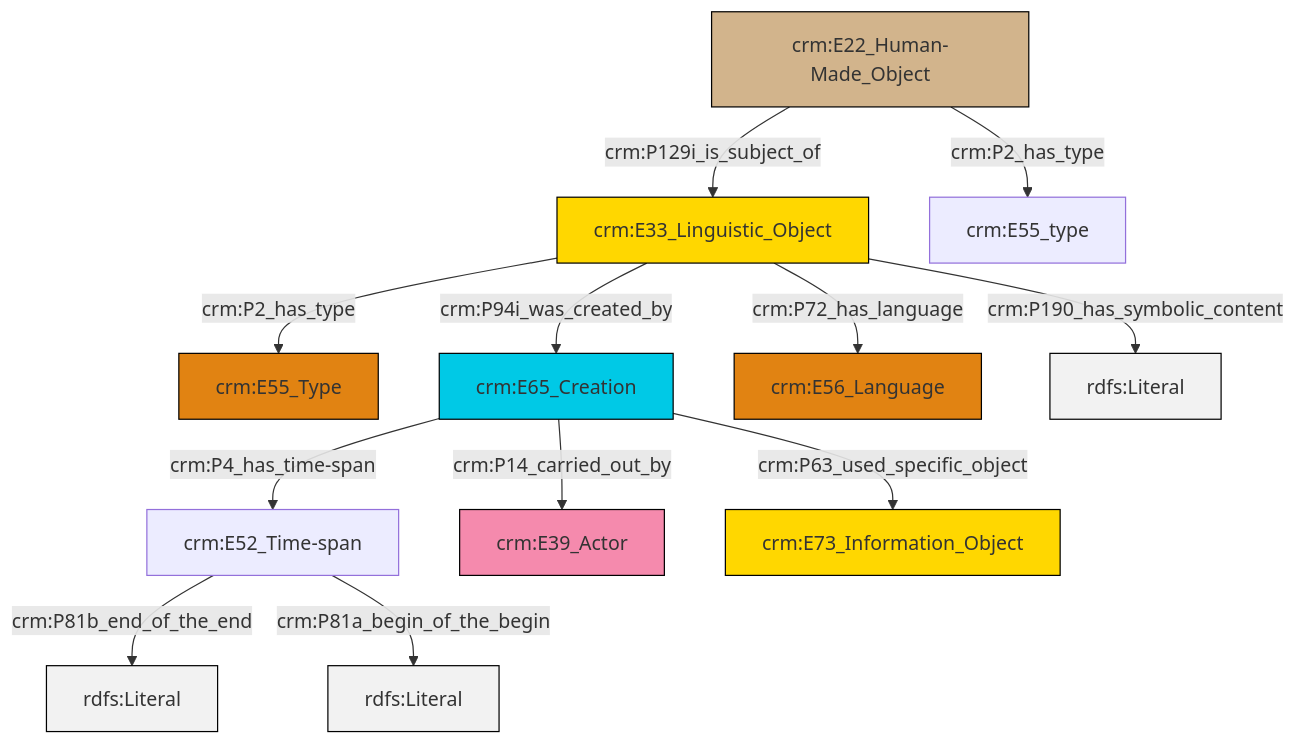
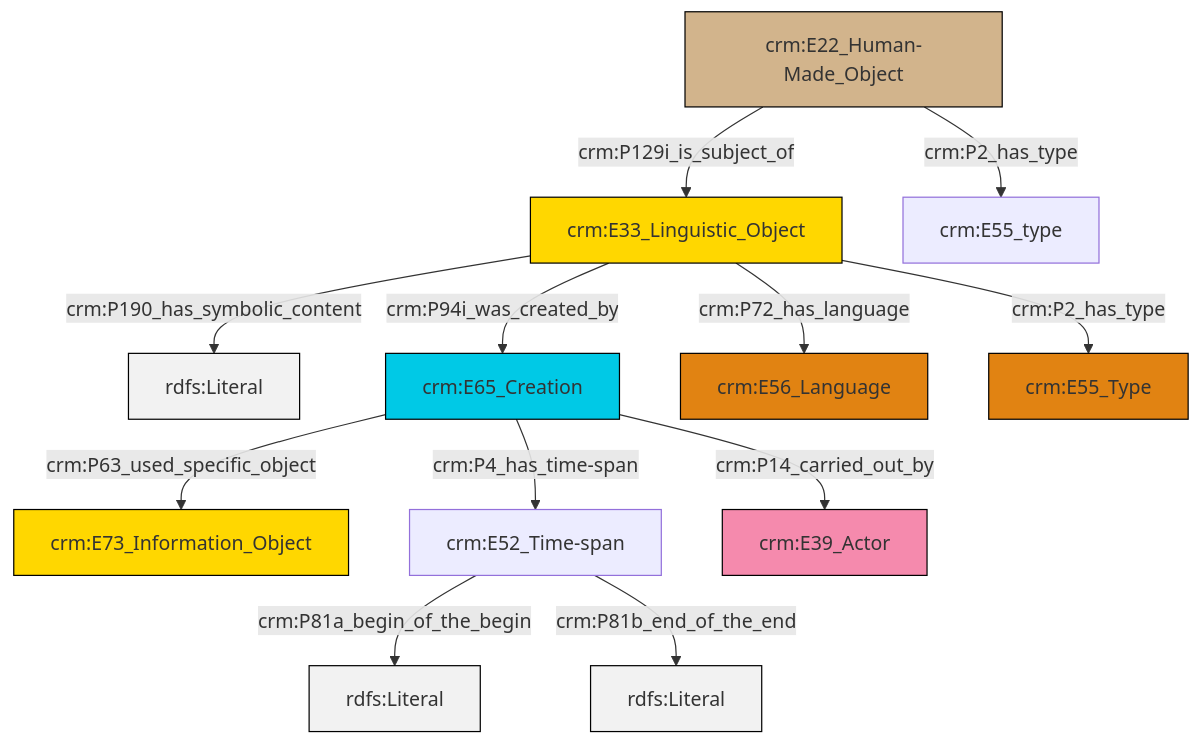
Before and after one commit to swiss-art-research-net/docs.swissartresearch: the diagram in et/artworkCSV/ttl/mmd/Artwork_Description.ttl.mmd, drawn with Mermaid. The commit also changed 216 other files, not shown here.

```diff
--- a/et/artworkCSV/ttl/mmd/Artwork_Description.ttl.mmd
+++ b/et/artworkCSV/ttl/mmd/Artwork_Description.ttl.mmd
@@ -1,26 +1,26 @@
 graph TD
 classDef Literal fill:#f2f2f2,stroke:#000000;
 classDef CRM_Entity fill:#FFFFFF,stroke:#000000;
 classDef Temporal_Entity fill:#00C9E6, stroke:#000000;
 classDef Type fill:#E18312, stroke:#000000;
 classDef Time-Span fill:#2C9C91, stroke:#000000;
 classDef Appellation fill:#FFEB7F, stroke:#000000;
 classDef Place fill:#008836, stroke:#000000;
 classDef Persistent_Item fill:#B266B2, stroke:#000000;
 classDef Conceptual_Object fill:#FFD700, stroke:#000000;
 classDef Physical_Thing fill:#D2B48C, stroke:#000000;
 classDef Actor fill:#f58aad, stroke:#000000;
 classDef PC_Classes fill:#4ce600, stroke:#000000;
 classDef Multi fill:#cccccc,stroke:#000000;
 
-0["crm:E52_Time-span"]:::Default -->|crm:P81b_end_of_the_end| 1[rdfs:Literal]:::Literal
-4["crm:E65_Creation"]:::Temporal_Entity -->|crm:P14_carried_out_by| 5["crm:E39_Actor"]:::Actor
-6["crm:E33_Linguistic_Object"]:::Conceptual_Object -->|crm:P2_has_type| 2["crm:E55_Type"]:::Type
-0["crm:E52_Time-span"]:::Default -->|crm:P81a_begin_of_the_begin| 7[rdfs:Literal]:::Literal
-8["crm:E22_Human-Made_Object"]:::Physical_Thing -->|crm:P129i_is_subject_of| 6["crm:E33_Linguistic_Object"]:::Conceptual_Object
-8["crm:E22_Human-Made_Object"]:::Physical_Thing -->|crm:P2_has_type| 9["crm:E55_type"]:::Default
-6["crm:E33_Linguistic_Object"]:::Conceptual_Object -->|crm:P72_has_language| 10["crm:E56_Language"]:::Type
-4["crm:E65_Creation"]:::Temporal_Entity -->|crm:P63_used_specific_object| 12["crm:E73_Information_Object"]:::Conceptual_Object
-6["crm:E33_Linguistic_Object"]:::Conceptual_Object -->|crm:P94i_was_created_by| 4["crm:E65_Creation"]:::Temporal_Entity
-4["crm:E65_Creation"]:::Temporal_Entity -->|crm:P4_has_time-span| 0["crm:E52_Time-span"]:::Default
-6["crm:E33_Linguistic_Object"]:::Conceptual_Object -->|crm:P190_has_symbolic_content| 18[rdfs:Literal]:::Literal
+0["crm:E33_Linguistic_Object"]:::Conceptual_Object -->|crm:P190_has_symbolic_content| 1[rdfs:Literal]:::Literal
+2["crm:E65_Creation"]:::Temporal_Entity -->|crm:P63_used_specific_object| 3["crm:E73_Information_Object"]:::Conceptual_Object
+5["crm:E52_Time-span"]:::Default -->|crm:P81a_begin_of_the_begin| 6[rdfs:Literal]:::Literal
+7["crm:E22_Human-Made_Object"]:::Physical_Thing -->|crm:P2_has_type| 8["crm:E55_type"]:::Default
+2["crm:E65_Creation"]:::Temporal_Entity -->|crm:P4_has_time-span| 5["crm:E52_Time-span"]:::Default
+2["crm:E65_Creation"]:::Temporal_Entity -->|crm:P14_carried_out_by| 11["crm:E39_Actor"]:::Actor
+0["crm:E33_Linguistic_Object"]:::Conceptual_Object -->|crm:P94i_was_created_by| 2["crm:E65_Creation"]:::Temporal_Entity
+0["crm:E33_Linguistic_Object"]:::Conceptual_Object -->|crm:P72_has_language| 14["crm:E56_Language"]:::Type
+0["crm:E33_Linguistic_Object"]:::Conceptual_Object -->|crm:P2_has_type| 16["crm:E55_Type"]:::Type
+7["crm:E22_Human-Made_Object"]:::Physical_Thing -->|crm:P129i_is_subject_of| 0["crm:E33_Linguistic_Object"]:::Conceptual_Object
+5["crm:E52_Time-span"]:::Default -->|crm:P81b_end_of_the_end| 20[rdfs:Literal]:::Literal
```
